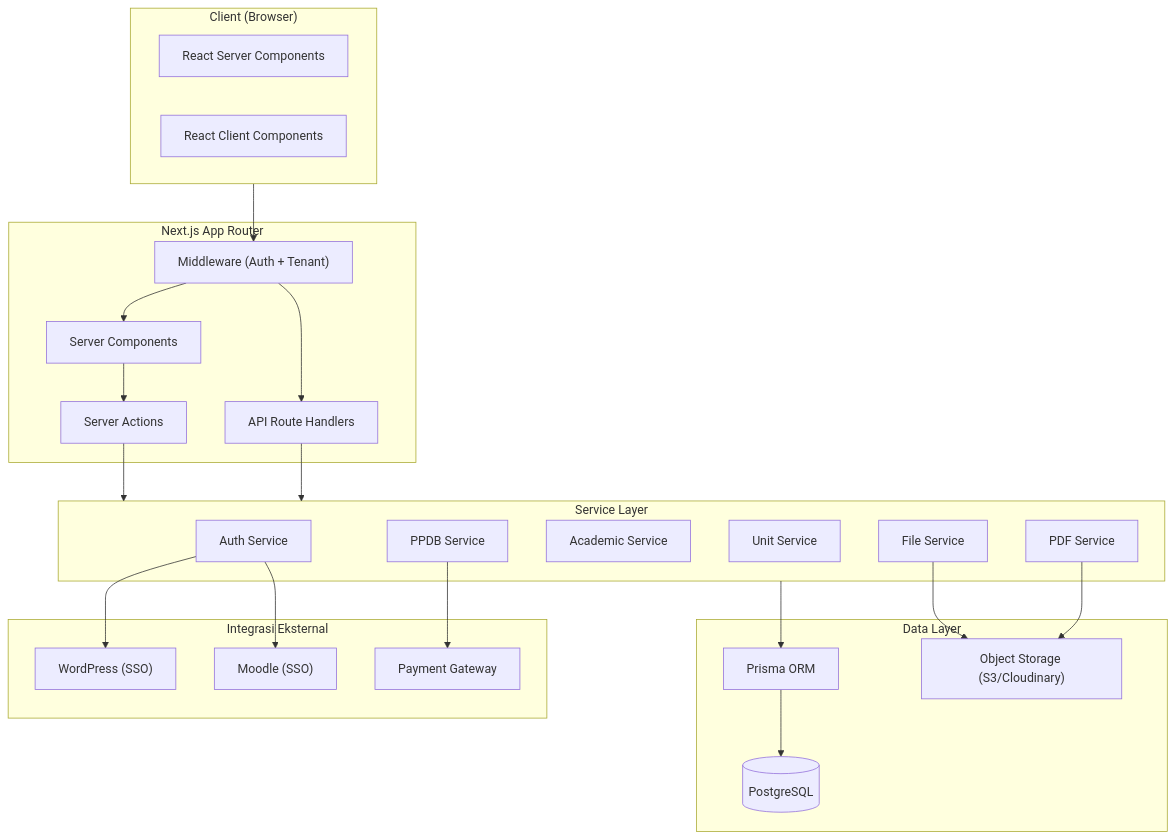
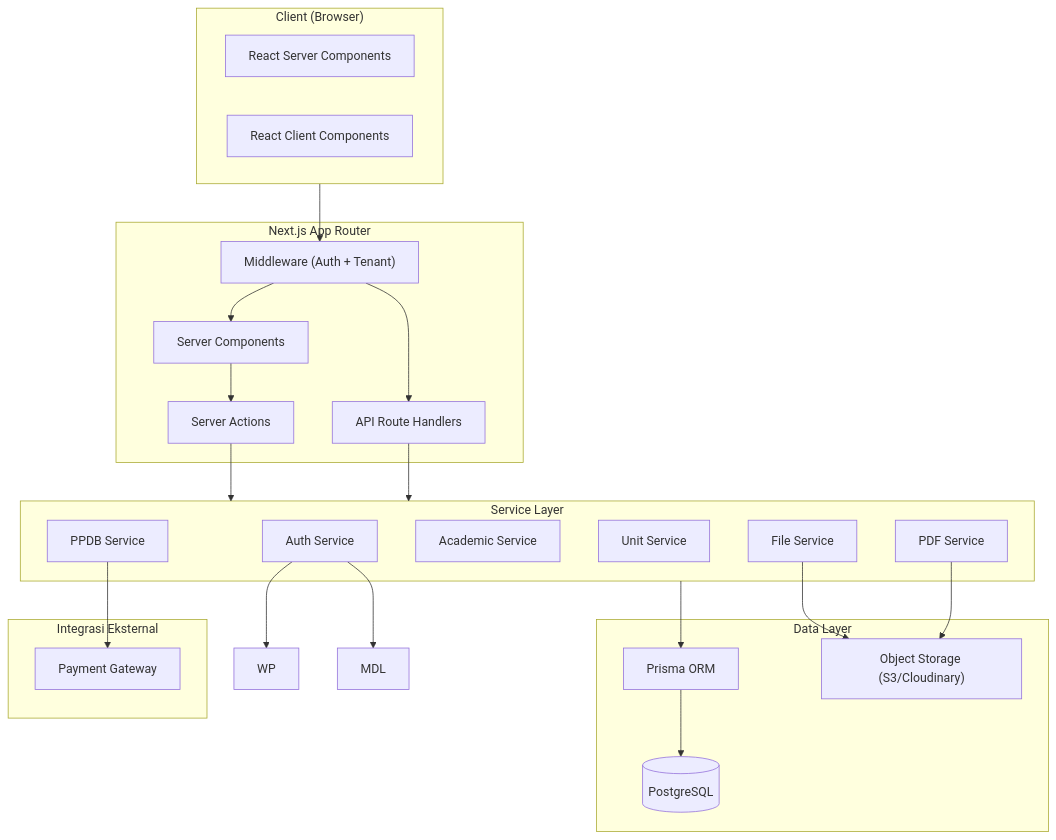
The first of 9 diagrams in docs/TDD.md (alchemista27/sim-alfida), drawn with Mermaid before and after one commit. The commit also changed 117 other files, not shown here.

````diff
--- a/docs/TDD.md
+++ b/docs/TDD.md
@@ -21,49 +21,47 @@
 ```mermaid
 graph TB
     subgraph Client["Client (Browser)"]
         RSC["React Server Components"]
         RCC["React Client Components"]
     end
 
     subgraph NextJS["Next.js App Router"]
         MW["Middleware (Auth + Tenant)"]
         API["API Route Handlers"]
         SC["Server Components"]
         SA["Server Actions"]
     end
 
     subgraph Services["Service Layer"]
         AuthSvc["Auth Service"]
         PPDBSvc["PPDB Service"]
         AcadSvc["Academic Service"]
         UnitSvc["Unit Service"]
         FileSvc["File Service"]
         PDFSvc["PDF Service"]
     end
 
     subgraph Data["Data Layer"]
         ORM["Prisma ORM"]
         DB[("PostgreSQL")]
         S3["Object Storage (S3/Cloudinary)"]
     end
 
     subgraph External["Integrasi Eksternal"]
-        WP["WordPress (SSO)"]
-        MDL["Moodle (SSO)"]
         PG["Payment Gateway"]
     end
 
     Client --> MW
     MW --> API
     MW --> SC
     SC --> SA
     SA --> Services
     API --> Services
     Services --> ORM
     ORM --> DB
     FileSvc --> S3
     PDFSvc --> S3
     AuthSvc --> WP
     AuthSvc --> MDL
     PPDBSvc --> PG
 ```
````
